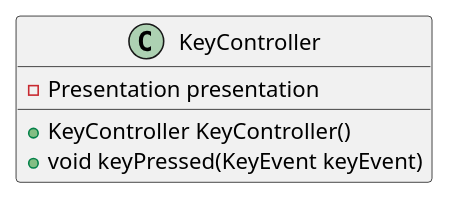
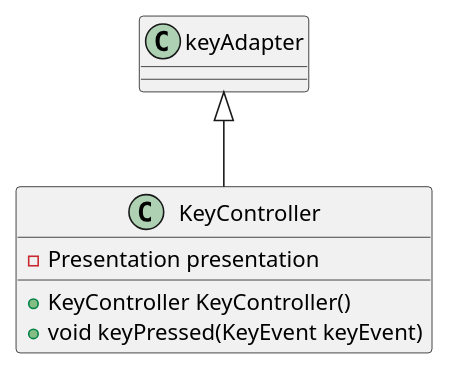
Before and after one commit to kvojps/estudo-uml: the diagram in jabberPoint/KeyController.puml, drawn with PlantUML. The commit also changed 1 other file, not shown here.

Commit message:
diagrama de classe

```diff
--- a/jabberPoint/KeyController.puml
+++ b/jabberPoint/KeyController.puml
@@ -1,7 +1,13 @@
 @startuml key controller
+class keyAdapter {
+
+}
+
+keyAdapter <|-- KeyController
+
 class KeyController {
     - Presentation presentation
     + KeyController KeyController()
     + void keyPressed(KeyEvent keyEvent)
 }
 @enduml
```
